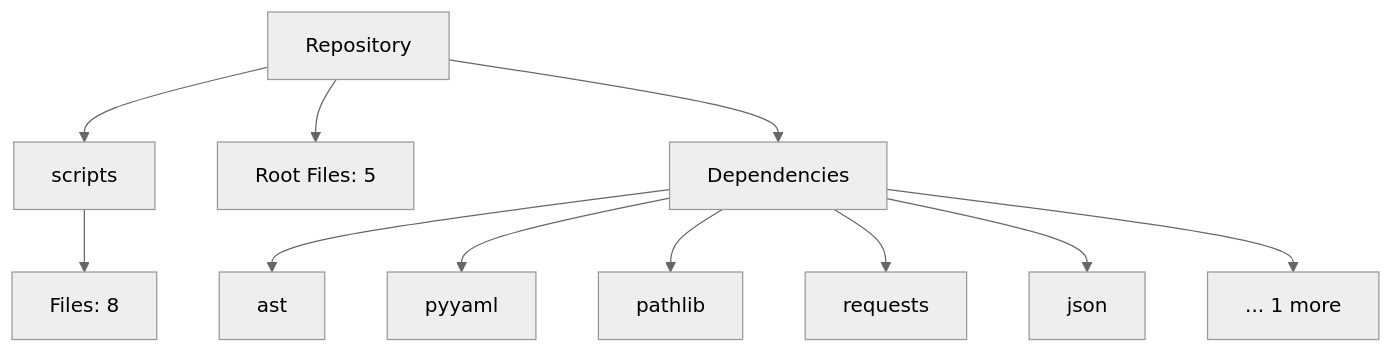
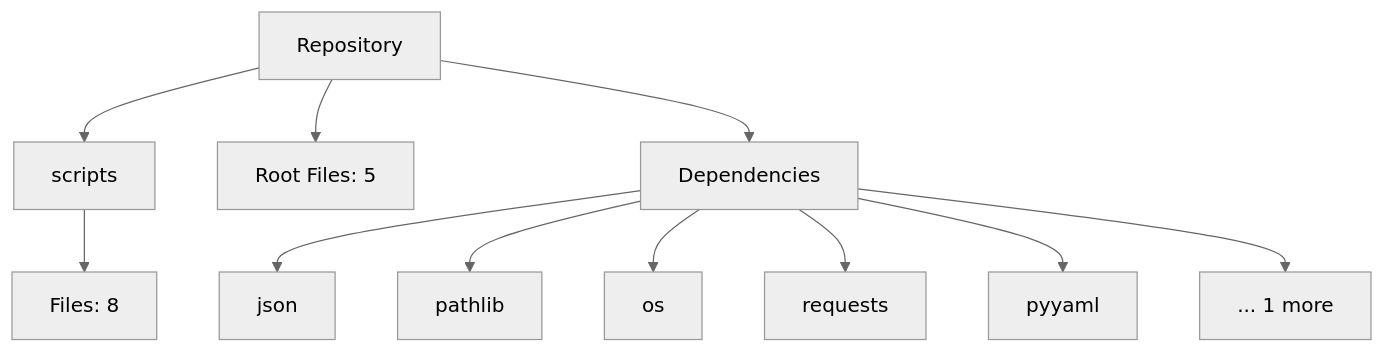
One commit to NITISH-R-G/Smart-Task-Tracker-macOS-Dark-Edition- changed the diagram in README.md. Above: the diagram before and after it, drawn with Mermaid (neutral theme). The commit also changed 4 other files, not shown here.

Commit message:
docs(auto): Automatically update repository architecture and README

````diff
--- a/README.md
+++ b/README.md
@@ -17,15 +17,15 @@
 ```mermaid
 graph TD
     Root[Repository]
     Root --> scripts[scripts]
     scripts --> scripts_files[Files: 8]
     Root --> Root_files[Root Files: 5]
     Root --> Deps[Dependencies]
-    Deps --> ast[ast]
+    Deps --> json[json]
+    Deps --> pathlib[pathlib]
+    Deps --> os[os]
+    Deps --> requests[requests]
     Deps --> pyyaml[pyyaml]
-    Deps --> pathlib[pathlib]
-    Deps --> requests[requests]
-    Deps --> json[json]
     Deps --> MoreDeps[... 1 more]
 
 ```
````
